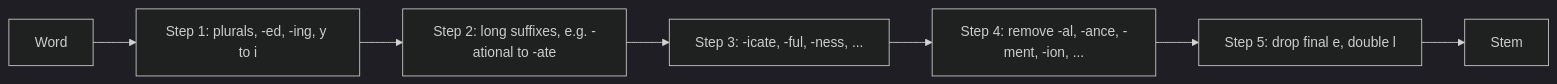
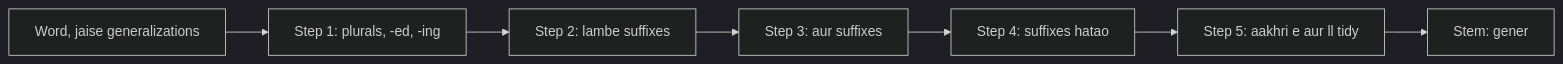
The first of 3 diagrams in content/natural-language-processing/notes/porter-stemmer.hi.mdx (TrendySloth1001/sem-seven-notes), drawn with Mermaid (dark theme) before and after one commit. The commit also changed other lines of this file and 406 other files, not shown here.

````diff
--- a/content/natural-language-processing/notes/porter-stemmer.hi.mdx
+++ b/content/natural-language-processing/notes/porter-stemmer.hi.mdx
@@ -101,10 +41,10 @@
 ```mermaid
-%% caption: Porter stemmer ke paanch steps. Word har step se order mein guzarta hai; har step use badal bhi sakta hai ya chhod bhi sakta hai. Shuru ke steps plurals aur -ed/-ing sambhaalte hain; beech ke steps lambe derivational endings chhote karte hain; aakhri step tidy-up karta hai.
+%% caption: Porter stemmer ek picture mein. Paanch steps ke rules ek ke baad ek lagte hain aur suffix tabhi kaatte hain jab stem par condition sach ho.
 flowchart LR
-  W["Word"] --> S1["Step 1: plurals, -ed, -ing, y to i"]
-  S1 --> S2["Step 2: long suffixes, e.g. -ational to -ate"]
-  S2 --> S3["Step 3: -icate, -ful, -ness, ..."]
-  S3 --> S4["Step 4: remove -al, -ance, -ment, -ion, ..."]
-  S4 --> S5["Step 5: drop final e, double l"]
-  S5 --> R["Stem"]
+  A["Word, jaise generalizations"] --> B["Step 1: plurals, -ed, -ing"]
+  B --> C["Step 2: lambe suffixes"]
+  C --> D["Step 3: aur suffixes"]
+  D --> E["Step 4: suffixes hatao"]
+  E --> F["Step 5: aakhri e aur ll tidy"]
+  F --> G["Stem: gener"]
 ```
````
